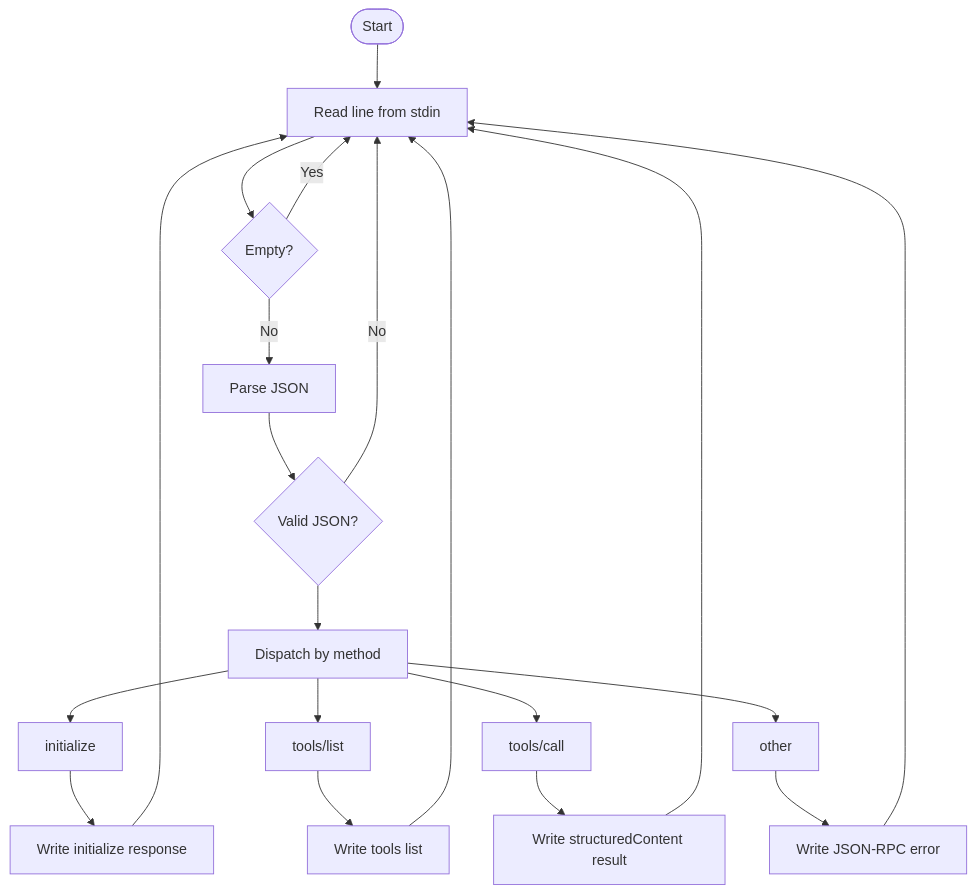
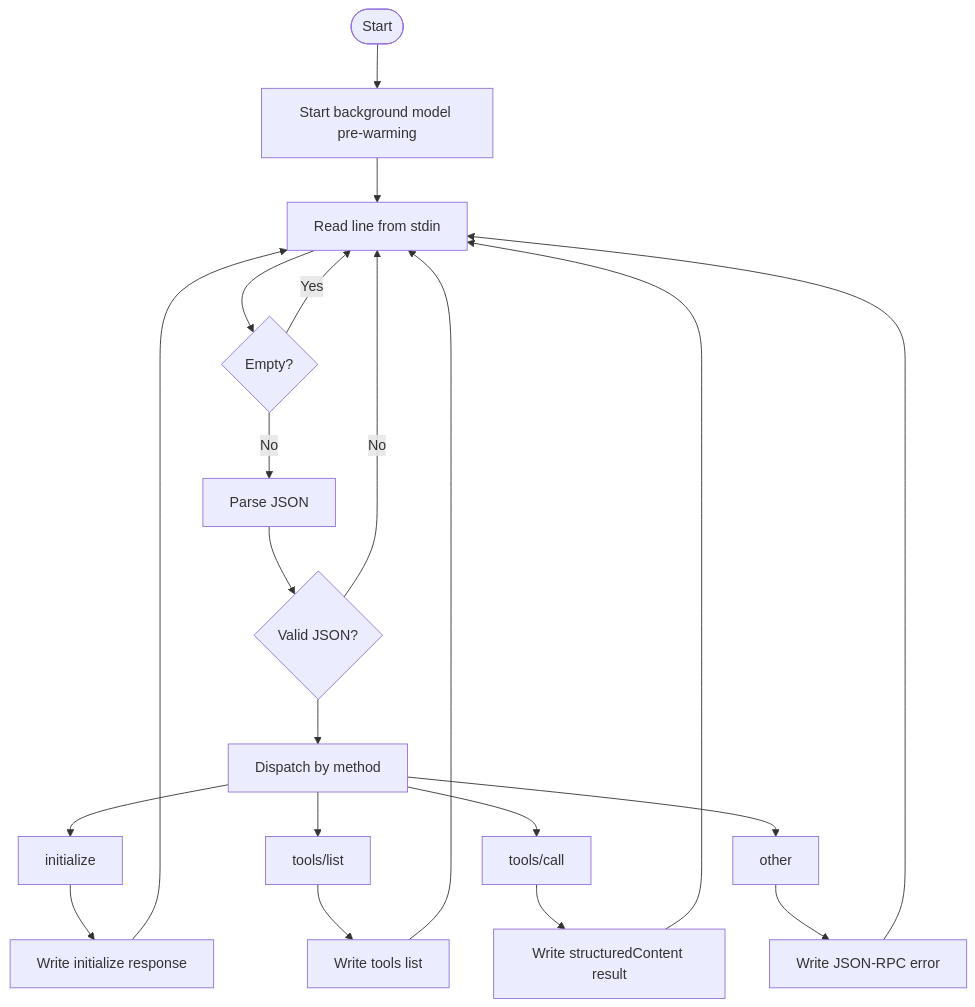
The third of 5 diagrams in .qoder/repowiki/en/content/CLI Reference/MCP Server/MCP Server.md (maemreyo/zmr-ctx-paker), drawn with Mermaid before and after one commit. The commit also changed other lines of this file and 94 other files, not shown here.

````diff
--- a/.qoder/repowiki/en/content/CLI Reference/MCP Server/MCP Server.md
+++ b/.qoder/repowiki/en/content/CLI Reference/MCP Server/MCP Server.md
@@ -190,22 +205,23 @@
 ```mermaid
 flowchart TD
-Start(["Start"]) --> Read["Read line from stdin"]
+Start(["Start"]) --> PreWarm["Start background model pre-warming"]
+PreWarm --> Read["Read line from stdin"]
 Read --> Empty{"Empty?"}
 Empty --> |Yes| Read
 Empty --> |No| Parse["Parse JSON"]
 Parse --> Valid{"Valid JSON?"}
 Valid --> |No| Read
 Valid --> Dispatch["Dispatch by method"]
 Dispatch --> Init["initialize"]
 Dispatch --> List["tools/list"]
 Dispatch --> Call["tools/call"]
 Dispatch --> Other["other"]
 Init --> RespondInit["Write initialize response"]
 List --> RespondList["Write tools list"]
 Call --> RespondCall["Write structuredContent result"]
 Other --> RespondErr["Write JSON-RPC error"]
 RespondInit --> Read
 RespondList --> Read
 RespondCall --> Read
 RespondErr --> Read
 ```
````
